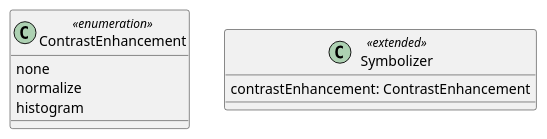
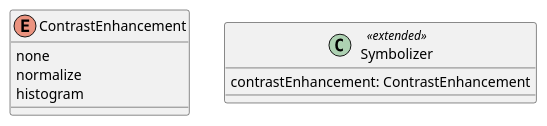
The fifth of 6 diagrams in core/sections/clause_9_coverage.adoc (opengeospatial/styles-and-symbology), drawn with PlantUML before and after one commit. The commit also changed 8 other files, not shown here.

Commit message:
correction to plantuml naming conventions

```diff
--- a/core/sections/clause_9_coverage.adoc
+++ b/core/sections/clause_9_coverage.adoc
@@ -252,10 +252,10 @@
 [plantuml, target=diagram-classes, format=png]
 ....
-class ContrastEnhancement <<enumeration>>
+enum ContrastEnhancement
 ContrastEnhancement : none
 ContrastEnhancement : normalize
 ContrastEnhancement : histogram
 
 class Symbolizer <<extended>>
 Symbolizer : contrastEnhancement: ContrastEnhancement
 ....
```
